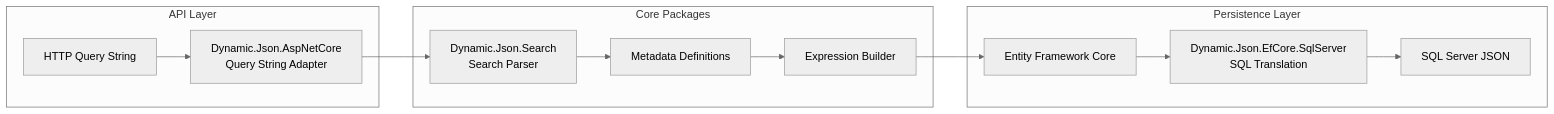
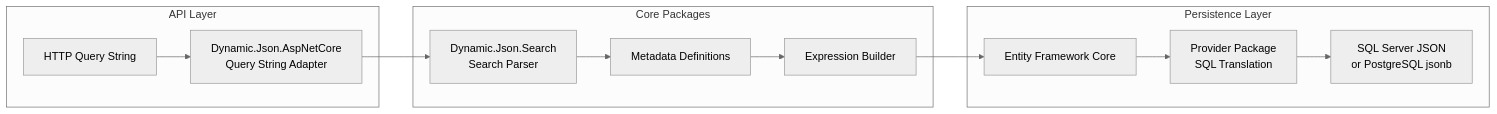
Before and after one commit to jfairbourn96/dynamic-json-efcore: the first of 2 diagrams in README.md, drawn with Mermaid (neutral theme). The commit also changed other lines of this file and 6 other files, not shown here.

````diff
--- a/README.md
+++ b/README.md
@@ -52,27 +52,27 @@
 ```mermaid
 flowchart LR
     subgraph API["API Layer"]
         A["HTTP Query String"]
         B["Dynamic.Json.AspNetCore<br/>Query String Adapter"]
     end
 
     subgraph Core["Core Packages"]
         C["Dynamic.Json.Search<br/>Search Parser"]
         D["Metadata Definitions"]
         E["Expression Builder"]
     end
 
     subgraph Persistence["Persistence Layer"]
         F["Entity Framework Core"]
-        G["Dynamic.Json.EfCore.SqlServer<br/>SQL Translation"]
-        H["SQL Server JSON"]
+        G["Provider Package<br/>SQL Translation"]
+        H["SQL Server JSON<br/>or PostgreSQL jsonb"]
     end
 
     A --> B
     B --> C
     C --> D
     D --> E
     E --> F
     F --> G
     G --> H
 ```
````
